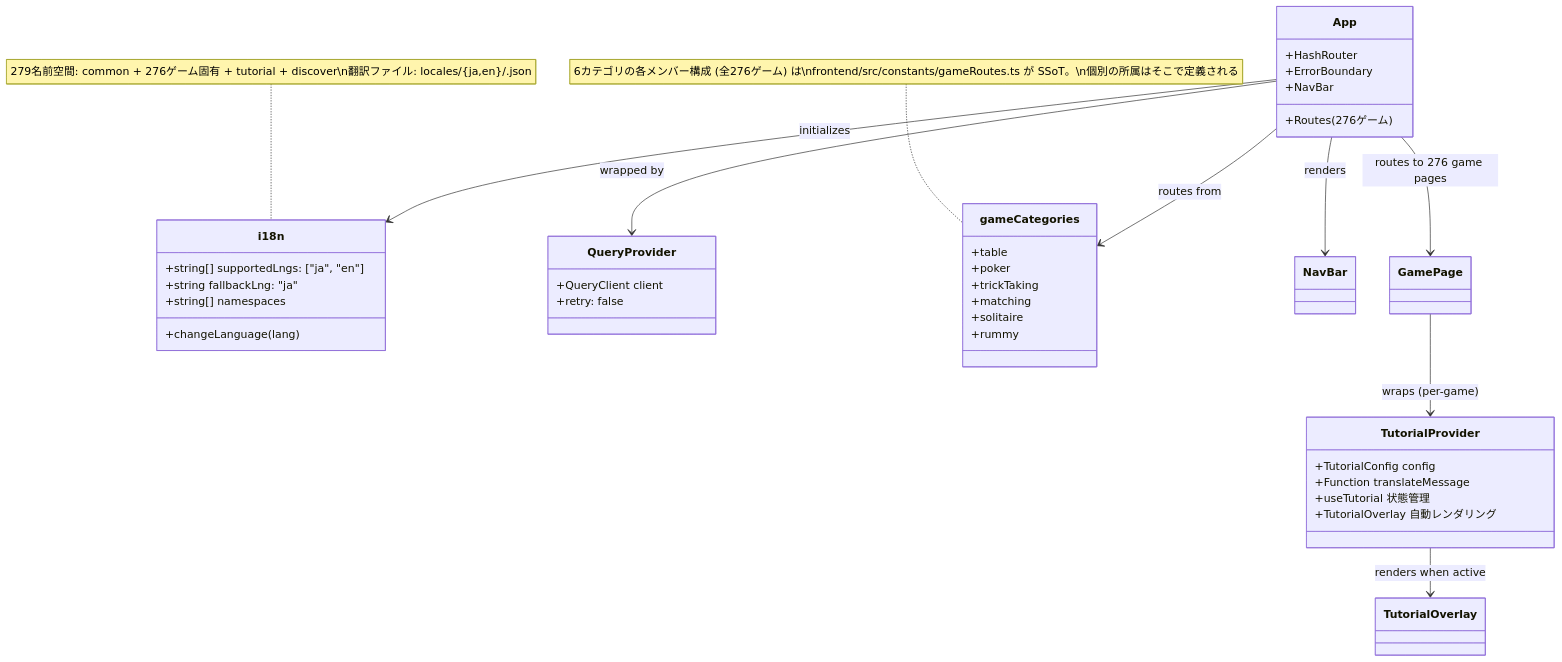
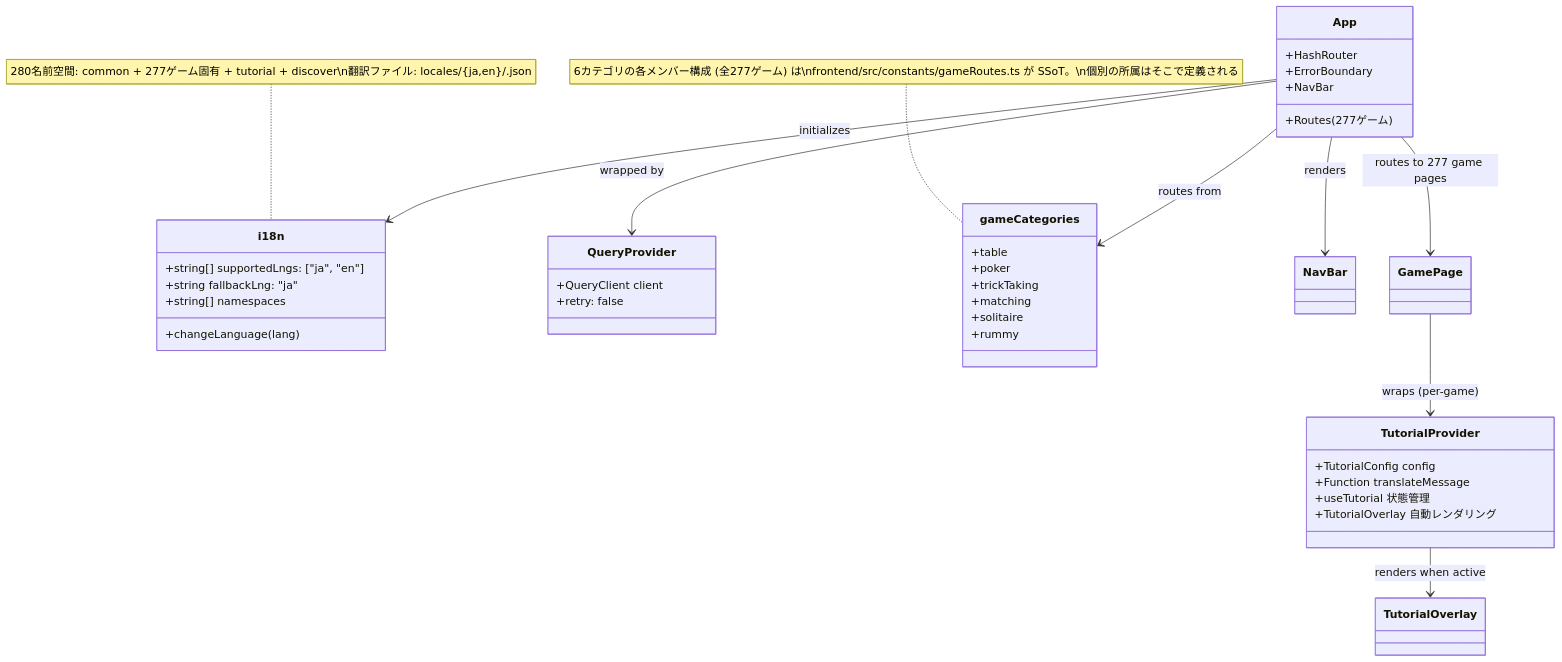
The ninth of 49 diagrams in docs/design/frontend.md (yuta-yoshinaga/go_trumpcards), drawn with Mermaid before and after one commit. The commit also changed other lines of this file and 61 other files, not shown here.

````diff
--- a/docs/design/frontend.md
+++ b/docs/design/frontend.md
@@ -1869,48 +1869,48 @@
 ```mermaid
 classDiagram
     class i18n {
         +string[] supportedLngs: ["ja", "en"]
         +string fallbackLng: "ja"
         +string[] namespaces
         +changeLanguage(lang)
     }
 
     class QueryProvider {
         +QueryClient client
         +retry: false
     }
 
     class App {
         +HashRouter
         +ErrorBoundary
         +NavBar
-        +Routes (276ゲーム)
+        +Routes (277ゲーム)
     }
 
     class gameCategories {
         +table
         +poker
         +trickTaking
         +matching
         +solitaire
         +rummy
     }
-    note for gameCategories "6カテゴリの各メンバー構成 (全276ゲーム) は\nfrontend/src/constants/gameRoutes.ts が SSoT。\n個別の所属はそこで定義される"
+    note for gameCategories "6カテゴリの各メンバー構成 (全277ゲーム) は\nfrontend/src/constants/gameRoutes.ts が SSoT。\n個別の所属はそこで定義される"
 
     class TutorialProvider {
         +TutorialConfig config
         +Function translateMessage
         +useTutorial 状態管理
         +TutorialOverlay 自動レンダリング
     }
 
     App --> QueryProvider : wrapped by
     App --> i18n : initializes
     App --> gameCategories : routes from
     App --> NavBar : renders
-    App --> GamePage : routes to 276 game pages
+    App --> GamePage : routes to 277 game pages
     GamePage --> TutorialProvider : wraps (per-game)
     TutorialProvider --> TutorialOverlay : renders when active
 
-    note for i18n "279名前空間: common + 276ゲーム固有 + tutorial + discover\n翻訳ファイル: locales/{ja,en}/<game>.json"
+    note for i18n "280名前空間: common + 277ゲーム固有 + tutorial + discover\n翻訳ファイル: locales/{ja,en}/<game>.json"
 ```
````
